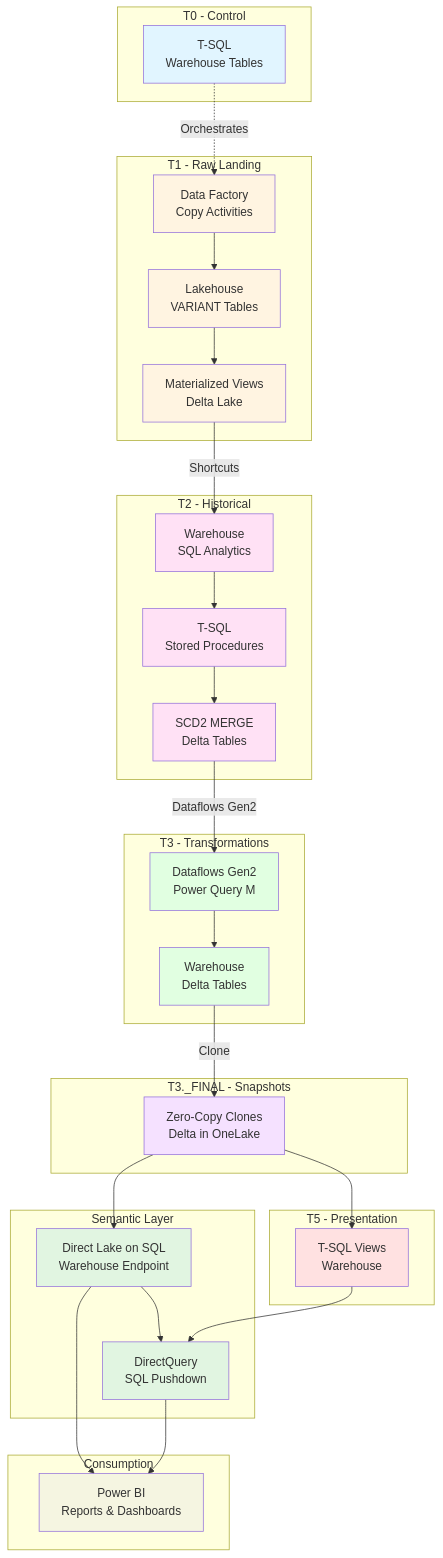
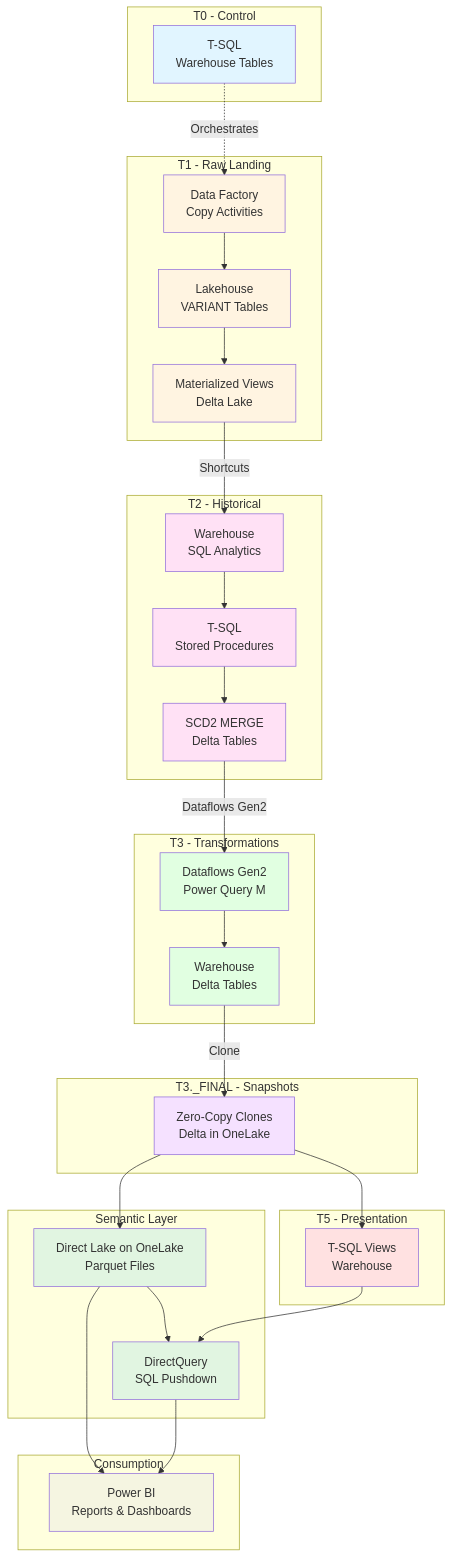
One commit to jhazured/data-engineering-wiki changed the diagram in fabric/diagrams/technology-stack.md. Above: the diagram before and after it, drawn with Mermaid. The commit also changed other lines of this file and 7 other files, not shown here.

First line of the commit message:
CRITICAL: Correct architecture to use Direct Lake on OneLake (not SQL endpoints)

````diff
--- a/fabric/diagrams/technology-stack.md
+++ b/fabric/diagrams/technology-stack.md
@@ -5,71 +5,71 @@
 ```mermaid
 graph TB
     subgraph "T0 - Control"
         T0_TECH[T-SQL<br/>Warehouse Tables]
     end
     
     subgraph "T1 - Raw Landing"
         T1_TECH1[Data Factory<br/>Copy Activities]
         T1_TECH2[Lakehouse<br/>VARIANT Tables]
         T1_TECH3[Materialized Views<br/>Delta Lake]
         T1_TECH1 --> T1_TECH2
         T1_TECH2 --> T1_TECH3
     end
     
     subgraph "T2 - Historical"
         T2_TECH1[Warehouse<br/>SQL Analytics]
         T2_TECH2[T-SQL<br/>Stored Procedures]
         T2_TECH3[SCD2 MERGE<br/>Delta Tables]
         T2_TECH1 --> T2_TECH2
         T2_TECH2 --> T2_TECH3
     end
     
     subgraph "T3 - Transformations"
         T3_TECH1[Dataflows Gen2<br/>Power Query M]
         T3_TECH2[Warehouse<br/>Delta Tables]
         T3_TECH1 --> T3_TECH2
     end
     
     subgraph "T3._FINAL - Snapshots"
         T3F_TECH[Zero-Copy Clones<br/>Delta in OneLake]
     end
     
     subgraph "T5 - Presentation"
         T5_TECH[T-SQL Views<br/>Warehouse]
     end
     
     subgraph "Semantic Layer"
-        SEM_TECH1[Direct Lake on SQL<br/>Warehouse Endpoint]
+        SEM_TECH1[Direct Lake on OneLake<br/>Parquet Files]
         SEM_TECH2[DirectQuery<br/>SQL Pushdown]
         SEM_TECH1 --> SEM_TECH2
     end
     
     subgraph "Consumption"
         PBI_TECH[Power BI<br/>Reports & Dashboards]
     end
     
     T0_TECH -.->|Orchestrates| T1_TECH1
     T1_TECH3 -->|Shortcuts| T2_TECH1
     T2_TECH3 -->|Dataflows Gen2| T3_TECH1
     T3_TECH2 -->|Clone| T3F_TECH
     T3F_TECH --> T5_TECH
     T3F_TECH --> SEM_TECH1
     T5_TECH --> SEM_TECH2
     SEM_TECH1 --> PBI_TECH
     SEM_TECH2 --> PBI_TECH
     
     style T0_TECH fill:#e1f5ff
     style T1_TECH1 fill:#fff4e1
     style T1_TECH2 fill:#fff4e1
     style T1_TECH3 fill:#fff4e1
     style T2_TECH1 fill:#ffe1f5
     style T2_TECH2 fill:#ffe1f5
     style T2_TECH3 fill:#ffe1f5
     style T3_TECH1 fill:#e1ffe1
     style T3_TECH2 fill:#e1ffe1
     style T3F_TECH fill:#f5e1ff
     style T5_TECH fill:#ffe1e1
     style SEM_TECH1 fill:#e1f5e1
     style SEM_TECH2 fill:#e1f5e1
     style PBI_TECH fill:#f5f5e1
 ```
````
